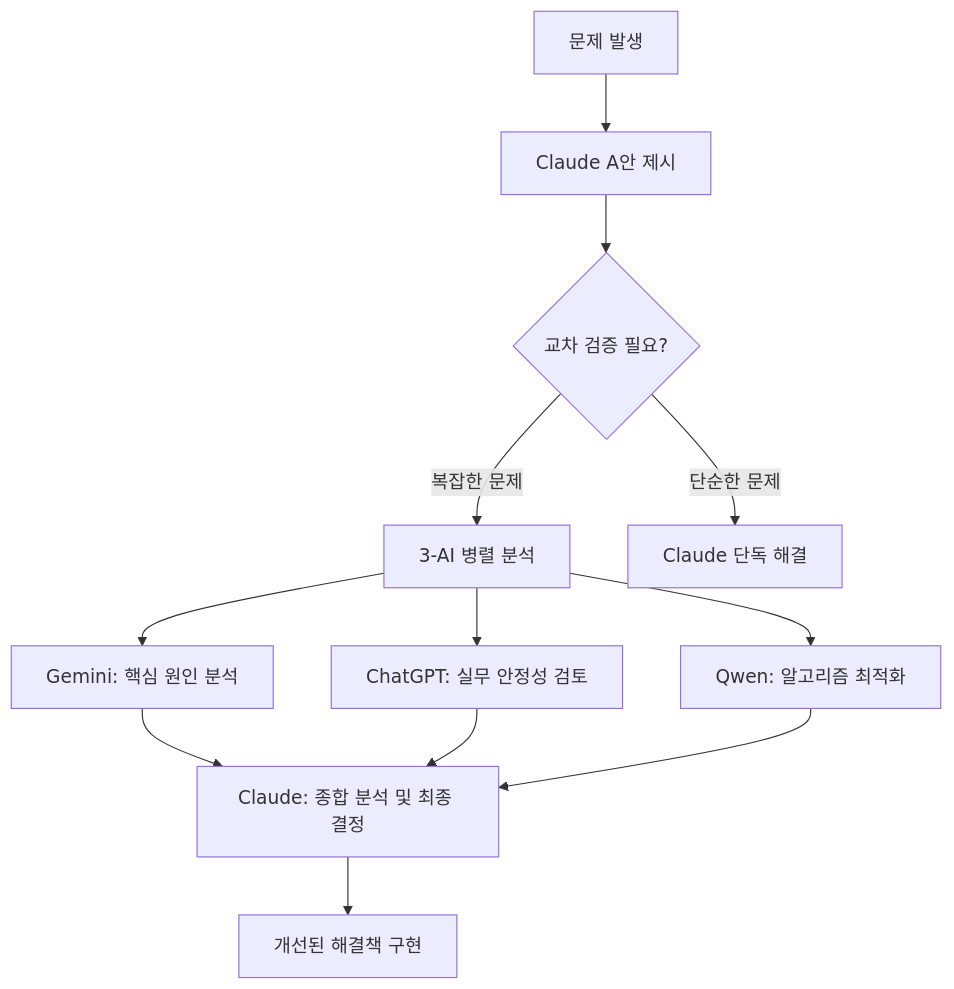
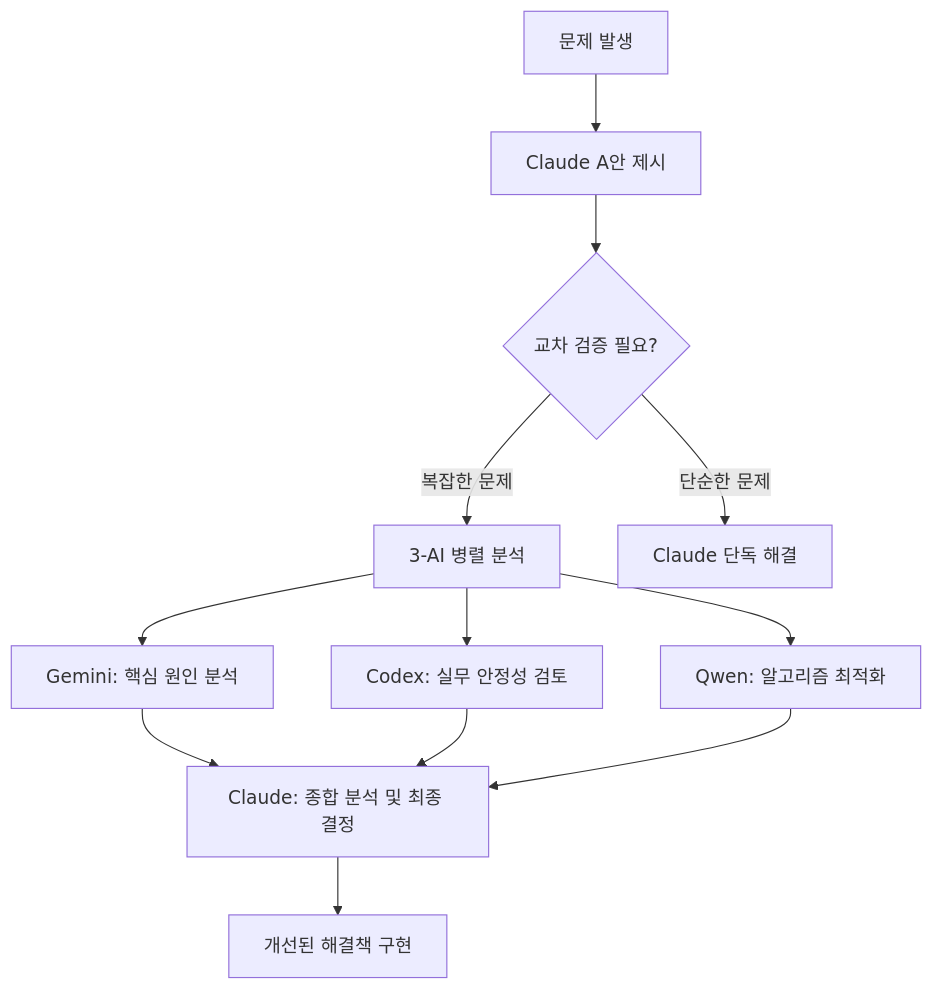
One commit to skyasu2/openmanager-vibe-v5 changed the diagram in docs/ai-tools/ai-cross-verification-success-history.md. Above: the diagram before and after it, drawn with Mermaid. The commit also changed other lines of this file and 1 other file, not shown here.

````diff
--- a/docs/ai-tools/ai-cross-verification-success-history.md
+++ b/docs/ai-tools/ai-cross-verification-success-history.md
@@ -25,18 +25,18 @@
 ```mermaid
 graph TB
     A[문제 발생] --> B[Claude A안 제시]
     B --> C{교차 검증 필요?}
     
     C -->|복잡한 문제| D[3-AI 병렬 분석]
     D --> E[Gemini: 핵심 원인 분석]
-    D --> F[ChatGPT: 실무 안정성 검토]
+    D --> F[Codex: 실무 안정성 검토]
     D --> G[Qwen: 알고리즘 최적화]
     
     E --> H[Claude: 종합 분석 및 최종 결정]
     F --> H
     G --> H
     
     H --> I[개선된 해결책 구현]
     
     C -->|단순한 문제| J[Claude 단독 해결]
 ```
````
